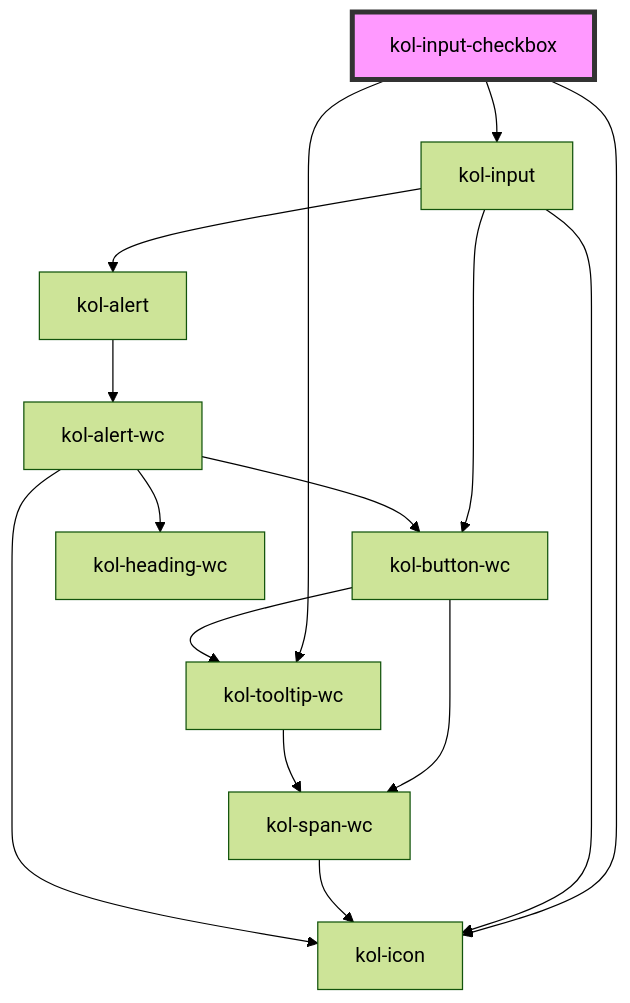
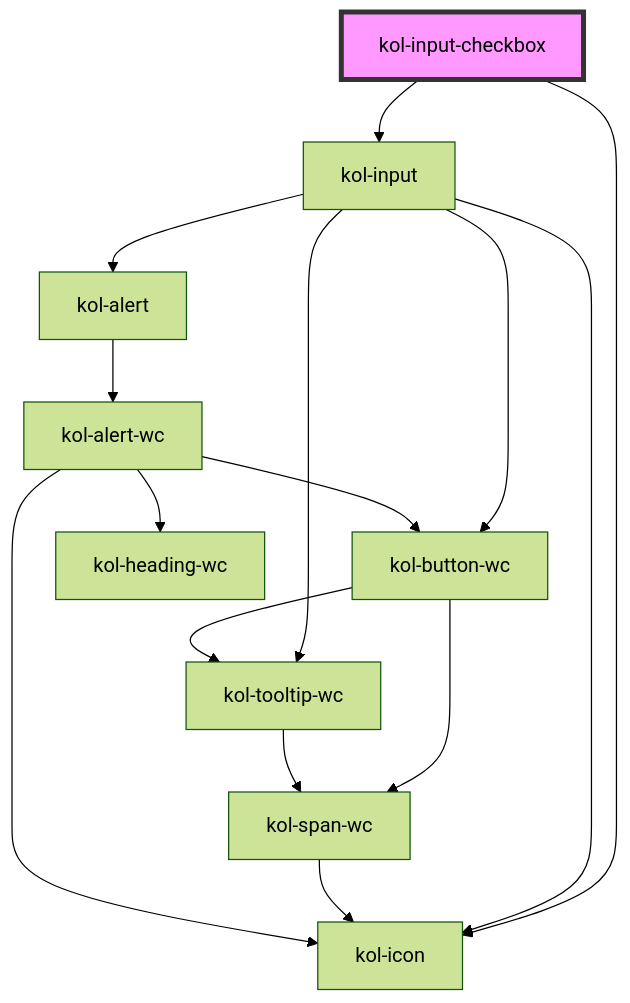
One commit to public-ui/kolibri changed the diagram in packages/components/src/components/input-checkbox/readme.md. Above: the diagram before and after it, drawn with Mermaid (forest theme). The commit also changed other lines of this file and 69 other files, not shown here.

Commit message:
refactor: input tooltip samples

````diff
--- a/packages/components/src/components/input-checkbox/readme.md
+++ b/packages/components/src/components/input-checkbox/readme.md
@@ -101,18 +100,18 @@
 ```mermaid
 graph TD;
   kol-input-checkbox --> kol-input
   kol-input-checkbox --> kol-icon
-  kol-input-checkbox --> kol-tooltip-wc
   kol-input --> kol-icon
   kol-input --> kol-button-wc
+  kol-input --> kol-tooltip-wc
   kol-input --> kol-alert
   kol-button-wc --> kol-span-wc
   kol-button-wc --> kol-tooltip-wc
   kol-span-wc --> kol-icon
   kol-tooltip-wc --> kol-span-wc
   kol-alert --> kol-alert-wc
   kol-alert-wc --> kol-heading-wc
   kol-alert-wc --> kol-button-wc
   kol-alert-wc --> kol-icon
   style kol-input-checkbox fill:#f9f,stroke:#333,stroke-width:4px
 ```
````
